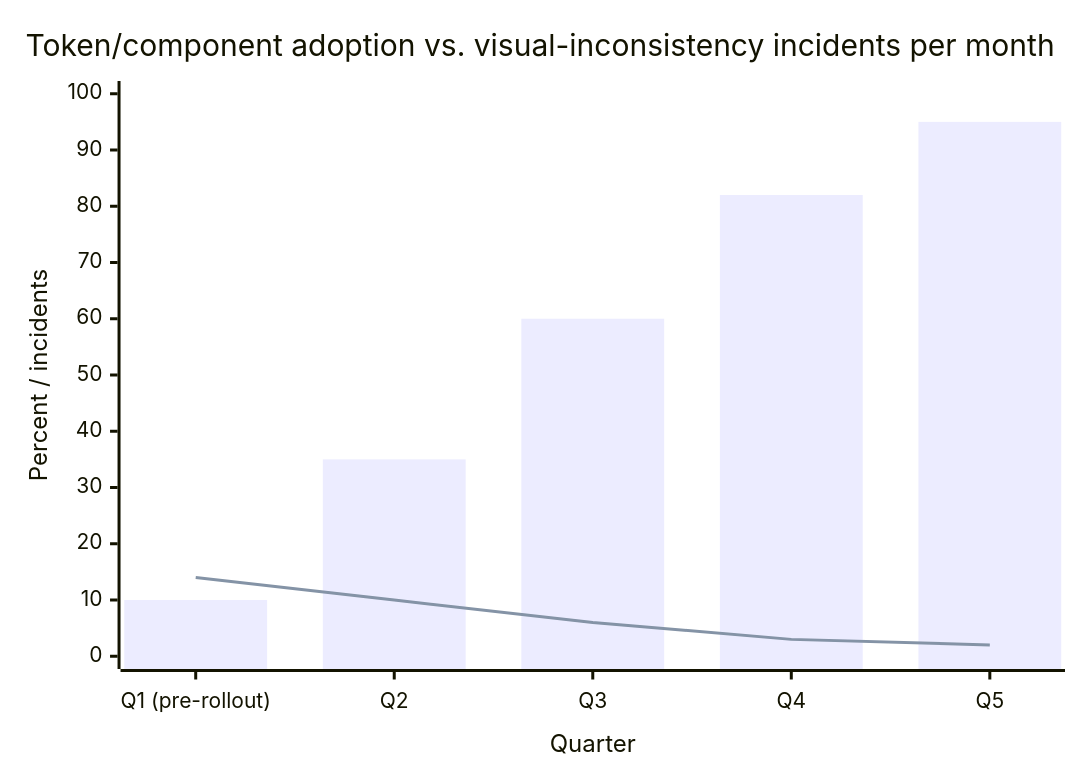
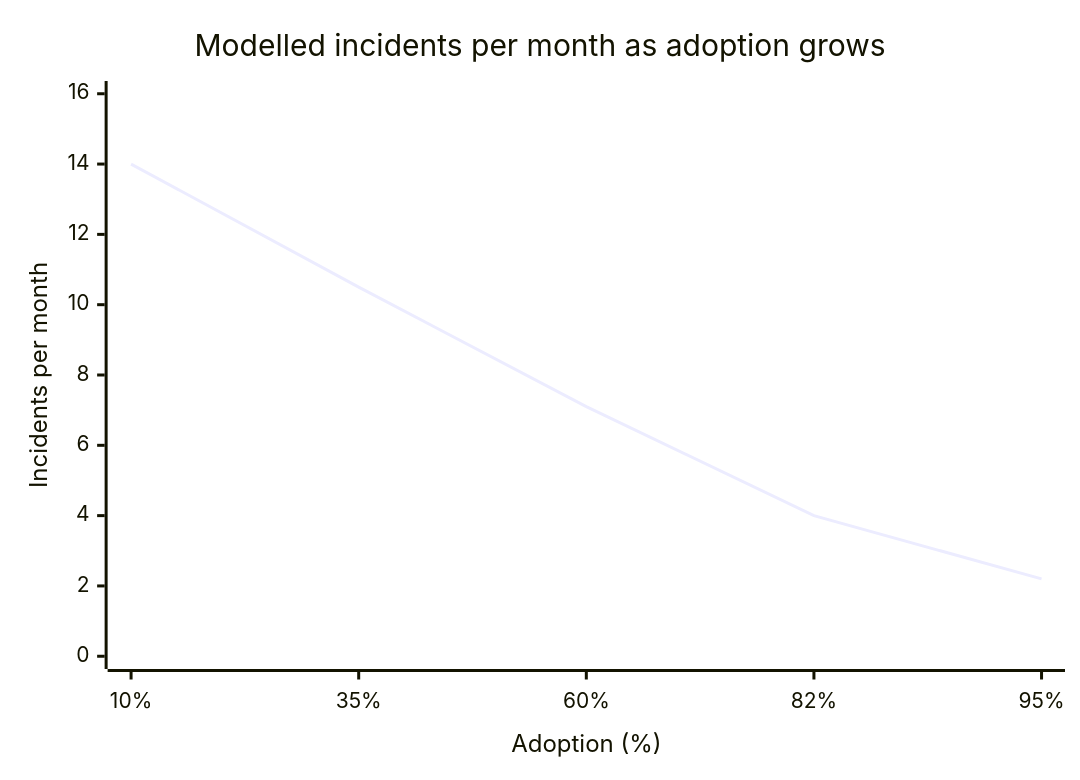
The second of 2 diagrams in src/content/design/design-systems/L3-deep-dive.mdx (francoandreDev/knowledge), drawn with Mermaid before and after one commit. The commit also changed other lines of this file and 16 other files, not shown here.

````diff
--- a/src/content/design/design-systems/L3-deep-dive.mdx
+++ b/src/content/design/design-systems/L3-deep-dive.mdx
@@ -120,8 +119,7 @@
 ```mermaid
 xychart-beta
-    title "Token/component adoption vs. visual-inconsistency incidents per month"
-    x-axis "Quarter" ["Q1 (pre-rollout)", "Q2", "Q3", "Q4", "Q5"]
-    y-axis "Percent / incidents" 0 --> 100
-    bar [10, 35, 60, 82, 95]
-    line [14, 10, 6, 3, 2]
+    title "Modelled incidents per month as adoption grows"
+    x-axis "Adoption (%)" ["10%", "35%", "60%", "82%", "95%"]
+    y-axis "Incidents per month" 0 --> 16
+    line [14.0, 10.5, 7.1, 4.0, 2.2]
 ```
````
